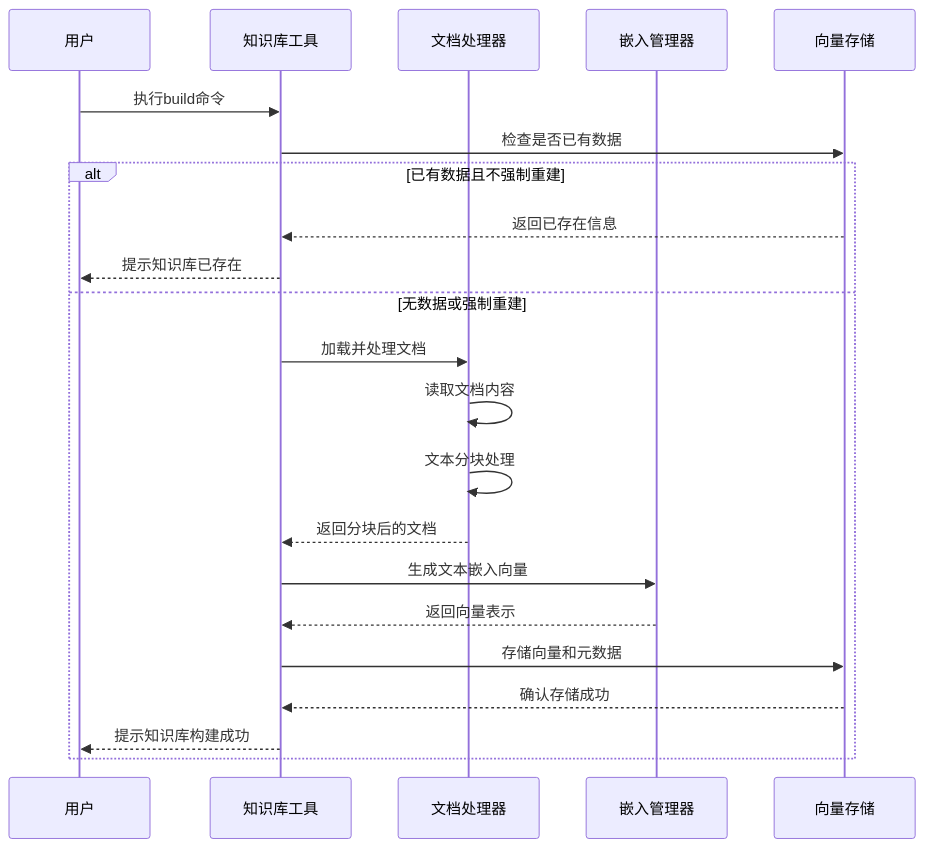
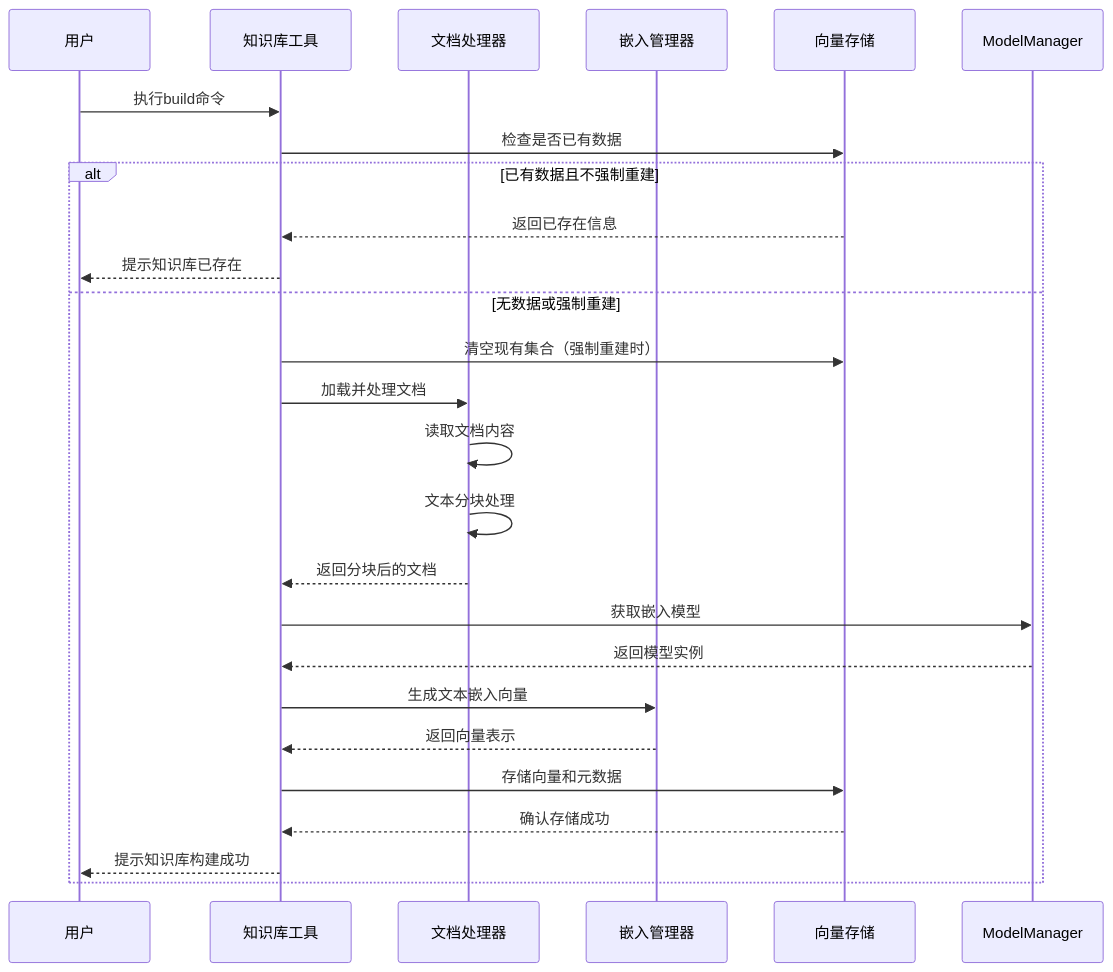
One commit to eogee/any4any changed the first of 2 diagrams in docs/知识库系统说明文档.md. Above: the diagram before and after it, drawn with Mermaid. The commit also changed other lines of this file and 3 other files, not shown here.

````diff
--- a/docs/知识库系统说明文档.md
+++ b/docs/知识库系统说明文档.md
@@ -33,25 +35,29 @@
 ```mermaid
 sequenceDiagram
     participant User as 用户
     participant Tool as 知识库工具
     participant DP as 文档处理器
     participant EM as 嵌入管理器
     participant VS as 向量存储
+    participant MM as ModelManager
 
     User->>Tool: 执行build命令
     Tool->>VS: 检查是否已有数据
     alt 已有数据且不强制重建
         VS-->>Tool: 返回已存在信息
         Tool-->>User: 提示知识库已存在
     else 无数据或强制重建
+        Tool->>VS: 清空现有集合（强制重建时）
         Tool->>DP: 加载并处理文档
         DP->>DP: 读取文档内容
         DP->>DP: 文本分块处理
         DP-->>Tool: 返回分块后的文档
+        Tool->>MM: 获取嵌入模型
+        MM-->>Tool: 返回模型实例
         Tool->>EM: 生成文本嵌入向量
         EM-->>Tool: 返回向量表示
         Tool->>VS: 存储向量和元数据
         VS-->>Tool: 确认存储成功
         Tool-->>User: 提示知识库构建成功
     end
 ```
````
